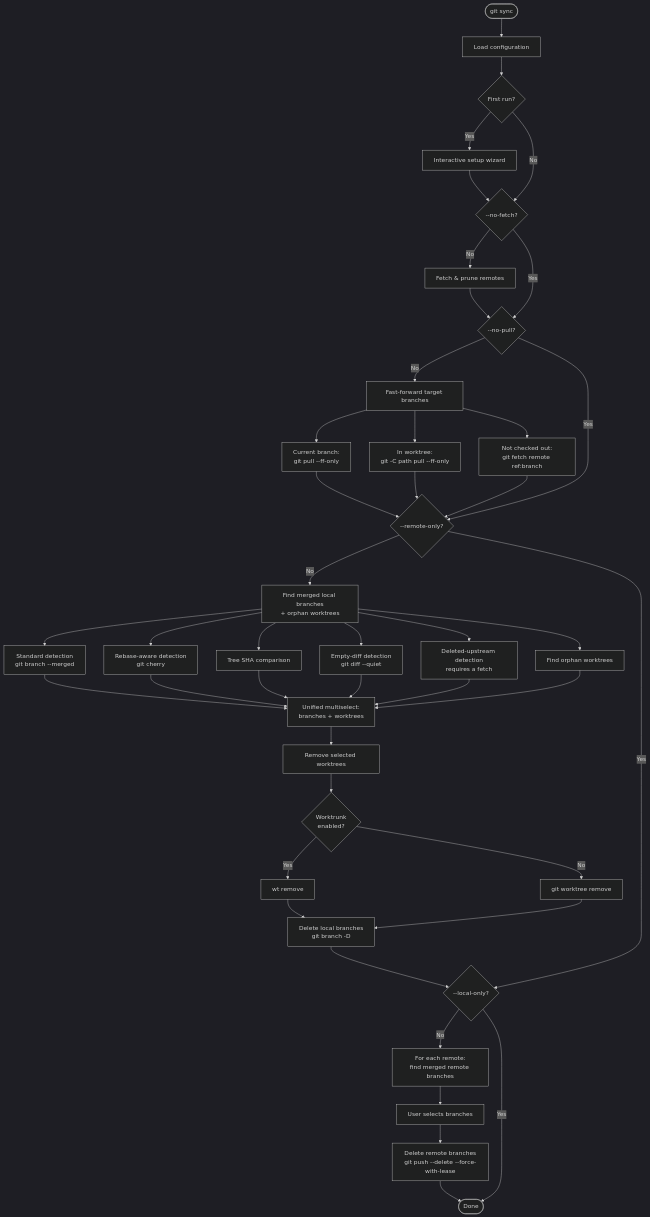
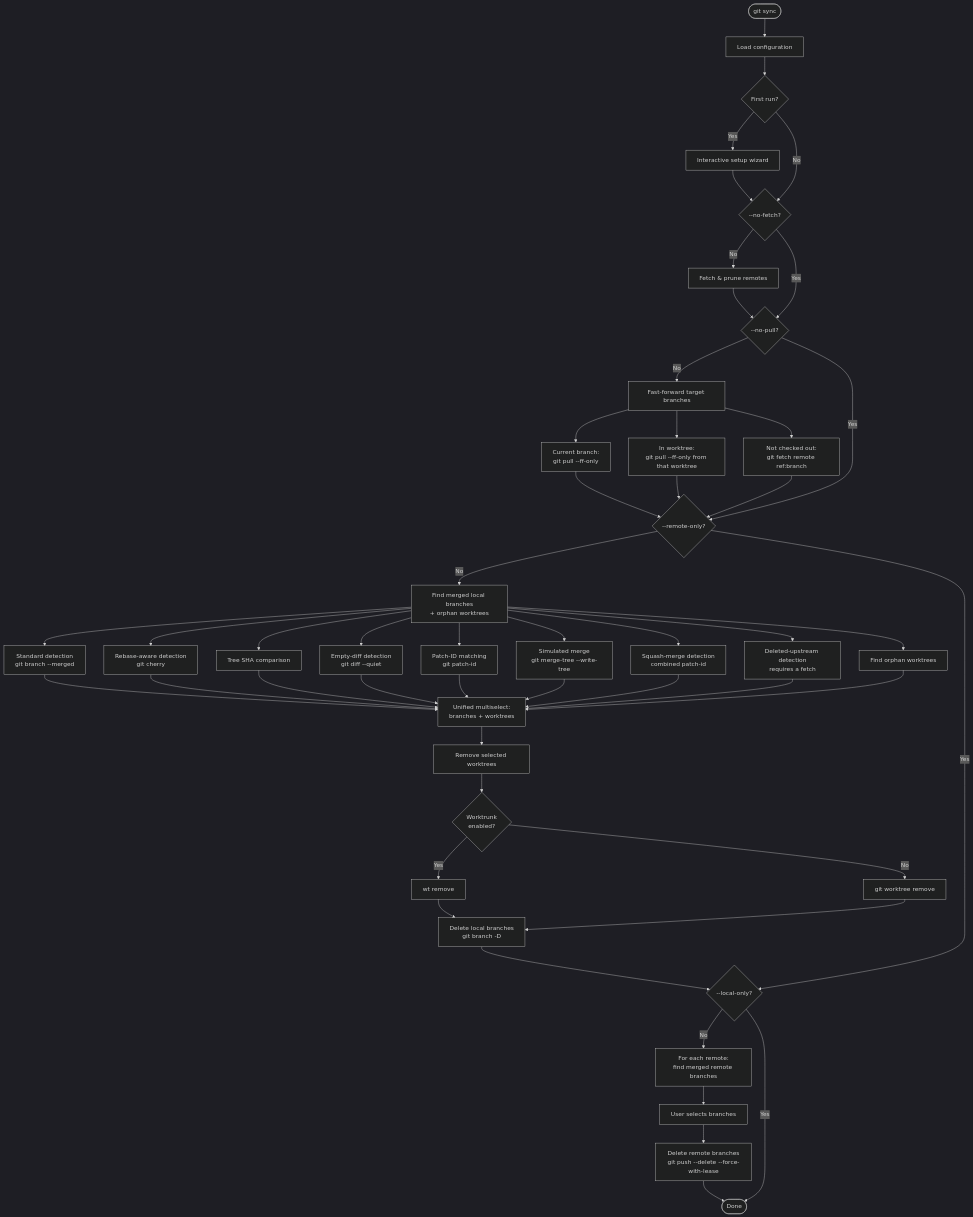
One commit to noirbizarre/git-synchronizer changed the diagram in README.md. Above: the diagram before and after it, drawn with Mermaid (dark theme). The commit also changed other lines of this file, not shown here.

Commit message:
docs(readme): correct merge-detection diagram, refspec and worktrunk notes

````diff
--- a/README.md
+++ b/README.md
@@ -294,55 +302,61 @@
 ```mermaid
 flowchart TD
     Start([git sync]) --> LoadConfig[Load configuration]
     LoadConfig --> FirstRun{First run?}
     FirstRun -- Yes --> Setup[Interactive setup wizard]
     Setup --> FetchCheck
     FirstRun -- No --> FetchCheck
 
     FetchCheck{--no-fetch?}
     FetchCheck -- No --> Fetch[Fetch & prune remotes]
     Fetch --> PullCheck
     FetchCheck -- Yes --> PullCheck
 
     PullCheck{--no-pull?}
     PullCheck -- No --> Pull[Fast-forward target branches]
     Pull --> PullCurrent[Current branch:\ngit pull --ff-only]
-    Pull --> PullWT[In worktree:\ngit -C path pull --ff-only]
+    Pull --> PullWT[In worktree:\ngit pull --ff-only from that worktree]
     Pull --> PullFetch[Not checked out:\ngit fetch remote ref:branch]
     PullCurrent --> LocalCheck
     PullWT --> LocalCheck
     PullFetch --> LocalCheck
     PullCheck -- Yes --> LocalCheck
 
     LocalCheck{--remote-only?}
     LocalCheck -- No --> FindLocal[Find merged local branches\n+ orphan worktrees]
     FindLocal --> Merged[Standard detection\ngit branch --merged]
     FindLocal --> Cherry[Rebase-aware detection\ngit cherry]
     FindLocal --> TreeSHA[Tree SHA comparison]
     FindLocal --> EmptyDiff[Empty-diff detection\ngit diff --quiet]
+    FindLocal --> PatchID[Patch-ID matching\ngit patch-id]
+    FindLocal --> SimMerge[Simulated merge\ngit merge-tree --write-tree]
+    FindLocal --> Squash[Squash-merge detection\ncombined patch-id]
     FindLocal --> GoneUpstream[Deleted-upstream detection\nrequires a fetch]
     FindLocal --> Orphans[Find orphan worktrees]
     Merged --> SelectLocal[Unified multiselect:\nbranches + worktrees]
     Cherry --> SelectLocal
     TreeSHA --> SelectLocal
     EmptyDiff --> SelectLocal
+    PatchID --> SelectLocal
+    SimMerge --> SelectLocal
+    Squash --> SelectLocal
     GoneUpstream --> SelectLocal
     Orphans --> SelectLocal
     SelectLocal --> RemoveWT[Remove selected worktrees]
     RemoveWT --> UseWT{Worktrunk\nenabled?}
     UseWT -- Yes --> WTRemove[wt remove]
     UseWT -- No --> GitWTRemove[git worktree remove]
     WTRemove --> DeleteLocal[Delete local branches\ngit branch -D]
     GitWTRemove --> DeleteLocal
     DeleteLocal --> RemoteCheck
     LocalCheck -- Yes --> RemoteCheck
 
     RemoteCheck{--local-only?}
     RemoteCheck -- No --> FindRemote[For each remote:\nfind merged remote branches]
     FindRemote --> SelectRemote[User selects branches]
     SelectRemote --> DeleteRemote[Delete remote branches\ngit push --delete --force-with-lease]
     DeleteRemote --> Done
     RemoteCheck -- Yes --> Done
 
     Done([Done])
 ```
````
